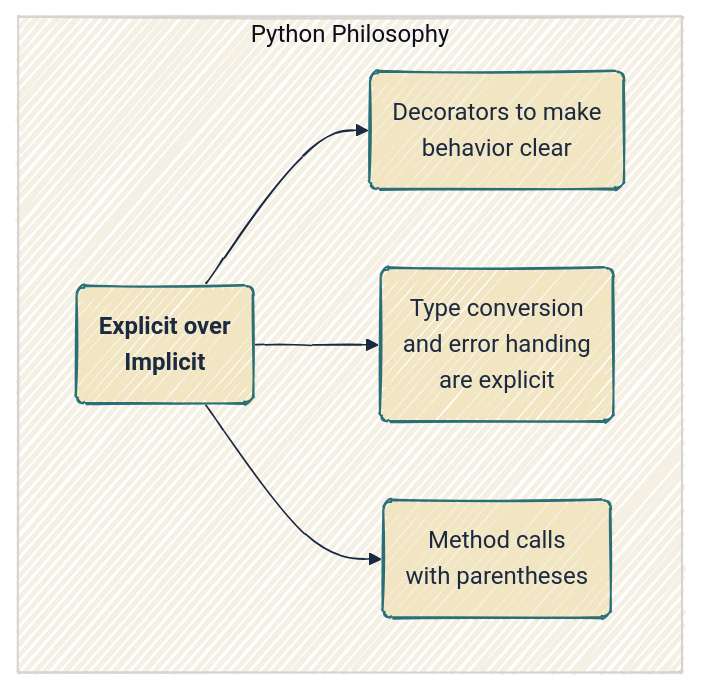
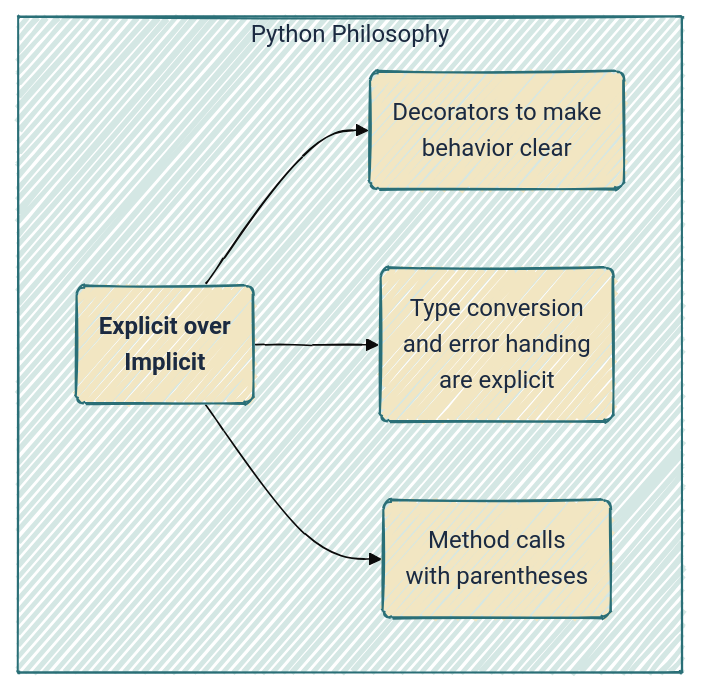
One commit to mjfrigaard/do4ds-labs changed the sixth of 7 diagrams in py-app-api.qmd. Above: the diagram before and after it, drawn with Mermaid. The commit also changed other lines of this file and 37 other files, not shown here.

Commit message:
updates to mermaid

````diff
--- a/py-app-api.qmd
+++ b/py-app-api.qmd
@@ -843,13 +857,15 @@
 ```{mermaid}
-%%{init: {'theme': 'base', 'look': 'handDrawn', 'themeVariables': { 'fontFamily': 'monospace', 'primaryColor': '#F2E6C2', 'primaryBorderColor': '#2A6F77', 'primaryTextColor': '#1B2A41', 'secondaryColor': '#d4e7e4', 'tertiaryColor': '#f5f0e4', 'lineColor': '#1B2A41', 'edgeLabelBackground': '#F2E6C2'}}}%%
+%%{init: {'theme': 'base', 'look': 'handDrawn', 'themeVariables': {'fontFamily': 'monospace'}}}%%
 
 graph TB
     subgraph Py["Python Philosophy"]
         A("<strong>Explicit over<br>Implicit</strong>") --> A1("Decorators to make<br>behavior clear")
         A --> A2("Type conversion<br>and error handing<br>are explicit")
         A --> A4("Method calls<br>with parentheses")
     end
     
     style A font-size:16px
+    classDef default fill:#F2E6C2,stroke:#2A6F77,color:#1B2A41
+    style Py fill:#d4e7e4,stroke:#2A6F77,color:#1B2A41
     
 ```
````
